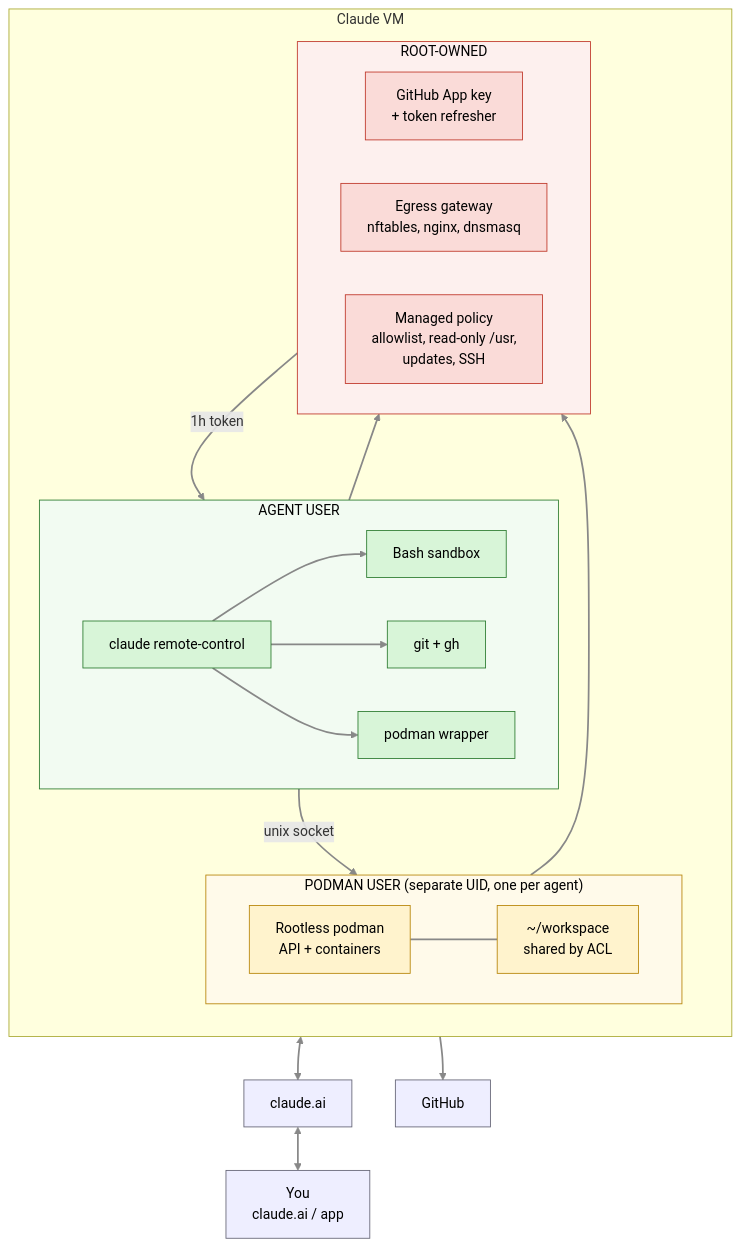
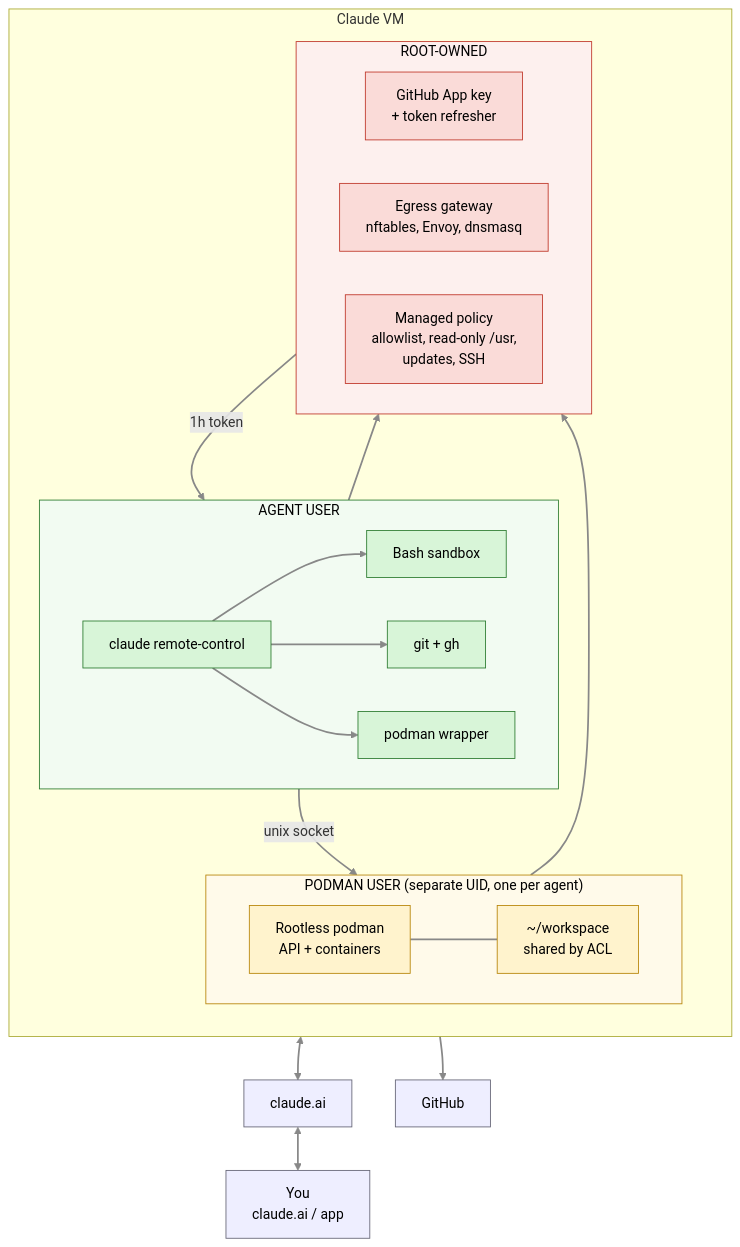
The first of 3 diagrams in docs/claude-vm/README.md (cthtrifork/homeserver-bootc), drawn with Mermaid before and after one commit. The commit also changed other lines of this file and 23 other files, not shown here.

First line of the commit message:
feat(claude-vm): replace nginx egress proxy with Envoy and inject the GitHub token

````diff
--- a/docs/claude-vm/README.md
+++ b/docs/claude-vm/README.md
@@ -18,57 +18,57 @@
 ```mermaid
 flowchart TB
     YOU["You<br/>claude.ai / app"]
     ANTH["claude.ai"]
     GH["GitHub"]
 
     subgraph VM["Claude VM"]
         direction TB
 
         subgraph AGENT["AGENT USER"]
             direction LR
             RC["claude remote-control"]
             SB["Bash sandbox"]
             GIT["git + gh"]
             WRAP["podman wrapper"]
         end
 
         subgraph CONT["PODMAN USER (separate UID, one per agent)"]
             direction LR
             POD["Rootless podman<br/>API + containers"]
             WS["~/workspace<br/>shared by ACL"]
         end
 
         subgraph ROOT["ROOT-OWNED"]
             direction LR
             TOK["GitHub App key<br/>+ token refresher"]
-            GW["Egress gateway<br/>nftables, nginx, dnsmasq"]
+            GW["Egress gateway<br/>nftables, Envoy, dnsmasq"]
             CFG["Managed policy<br/>allowlist, read-only /usr,<br/>updates, SSH"]
         end
     end
 
     RC --> SB
     RC --> GIT
     RC --> WRAP
     WRAP -->|"unix socket"| POD
     POD --- WS
     TOK -->|"1h token"| GIT
 
     AGENT ==> GW
     CONT ==> GW
     GW <--> ANTH
     GW --> GH
     ANTH <--> YOU
 
     linkStyle default stroke:#888,stroke-width:2px
     classDef agent fill:#d8f5d8,stroke:#2e7d32,color:#000
     classDef cont fill:#fff3cd,stroke:#b8860b,color:#000
     classDef locked fill:#fadbd8,stroke:#c0392b,color:#000
     classDef ext fill:#eef,stroke:#667,color:#000
     class RC,SB,GIT,WRAP agent
     class POD,WS cont
     class TOK,GW,CFG locked
     class YOU,ANTH,GH ext
     style AGENT fill:#f2fbf2,stroke:#2e7d32,color:#000
     style CONT fill:#fffaea,stroke:#b8860b,color:#000
     style ROOT fill:#fdf0ee,stroke:#c0392b,color:#000
 ```
````
